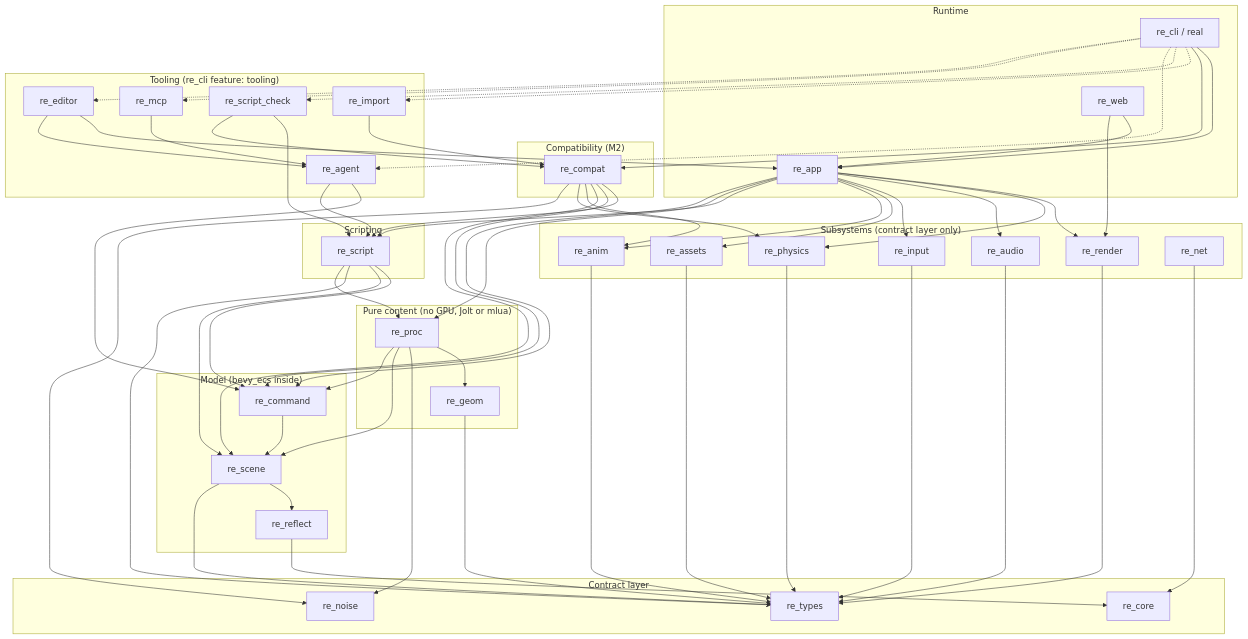
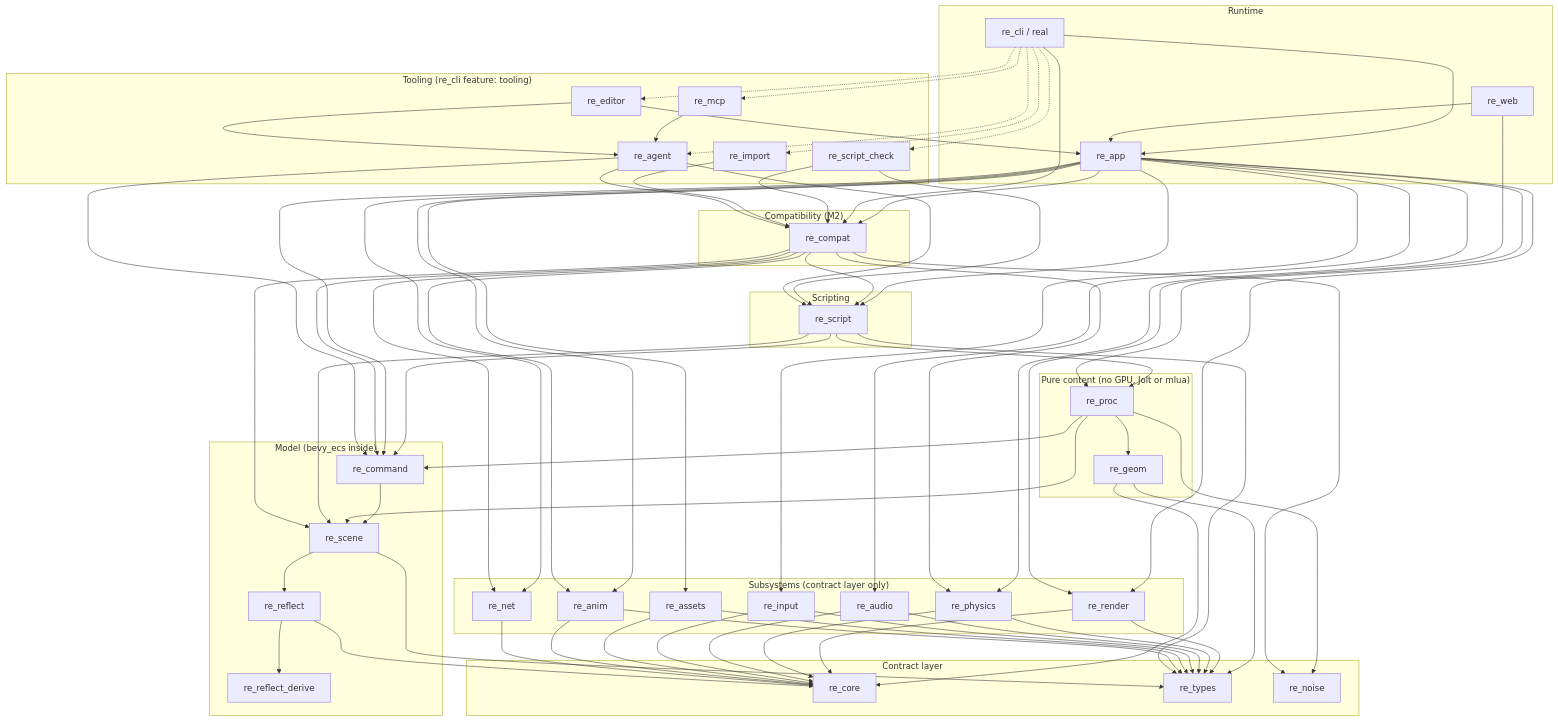
The diagram in docs/ARCHITECTURE.md (dullyontop/real-engine), drawn with Mermaid before and after one commit. The commit also changed other lines of this file and 11 other files, not shown here.

```diff
--- a/docs/ARCHITECTURE.md
+++ b/docs/ARCHITECTURE.md
@@ -39,6 +39,7 @@
 
   subgraph "Model (bevy_ecs inside)"
     reflect[re_reflect] --> core
+    reflect --> derive[re_reflect_derive]
     scene[re_scene] --> reflect
     scene --> types
     command[re_command] --> scene
@@ -46,6 +47,7 @@
 
   subgraph "Pure content (no GPU, Jolt or mlua)"
     geom[re_geom] --> types
+    geom --> core
     proc[re_proc] --> geom
     proc --> noise
     proc --> scene
@@ -59,6 +61,12 @@
     input[re_input] --> types
     assets[re_assets] --> types
     anim[re_anim] --> types
+    render --> core
+    physics --> core
+    audio --> core
+    input --> core
+    assets --> core
+    anim --> core
     net[re_net] --> core
   end
 
@@ -79,6 +87,7 @@
     app --> script
     app --> proc
     app --> command
+    app --> net
     cli[re_cli / real] --> app
     web[re_web] --> app
     web --> render
@@ -91,6 +100,8 @@
     compat --> anim
     compat --> physics
     compat --> noise
+    compat --> net
+    app --> compat
     cli --> compat
   end
 
@@ -101,6 +112,7 @@
     cli -.-> import
     agent[re_agent] --> command
     agent --> script
+    agent --> compat
     mcp[re_mcp] --> agent
     editor[re_editor] --> app
     editor --> agent
```
